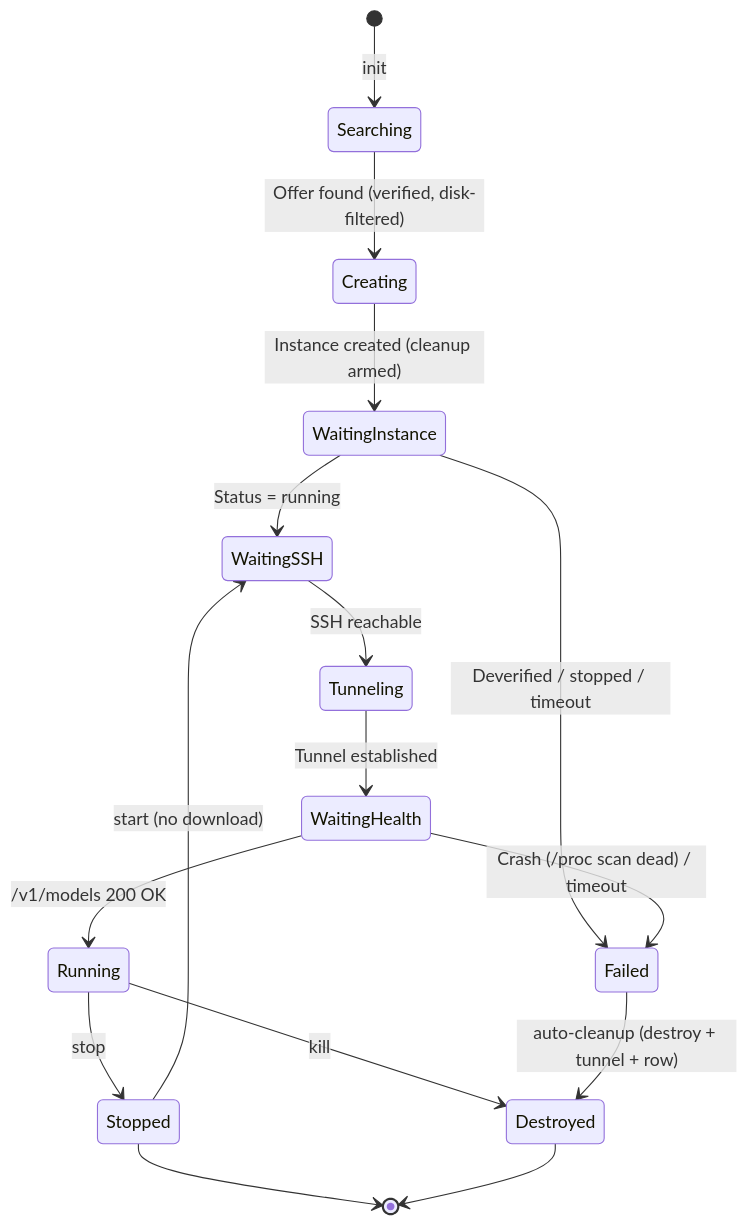
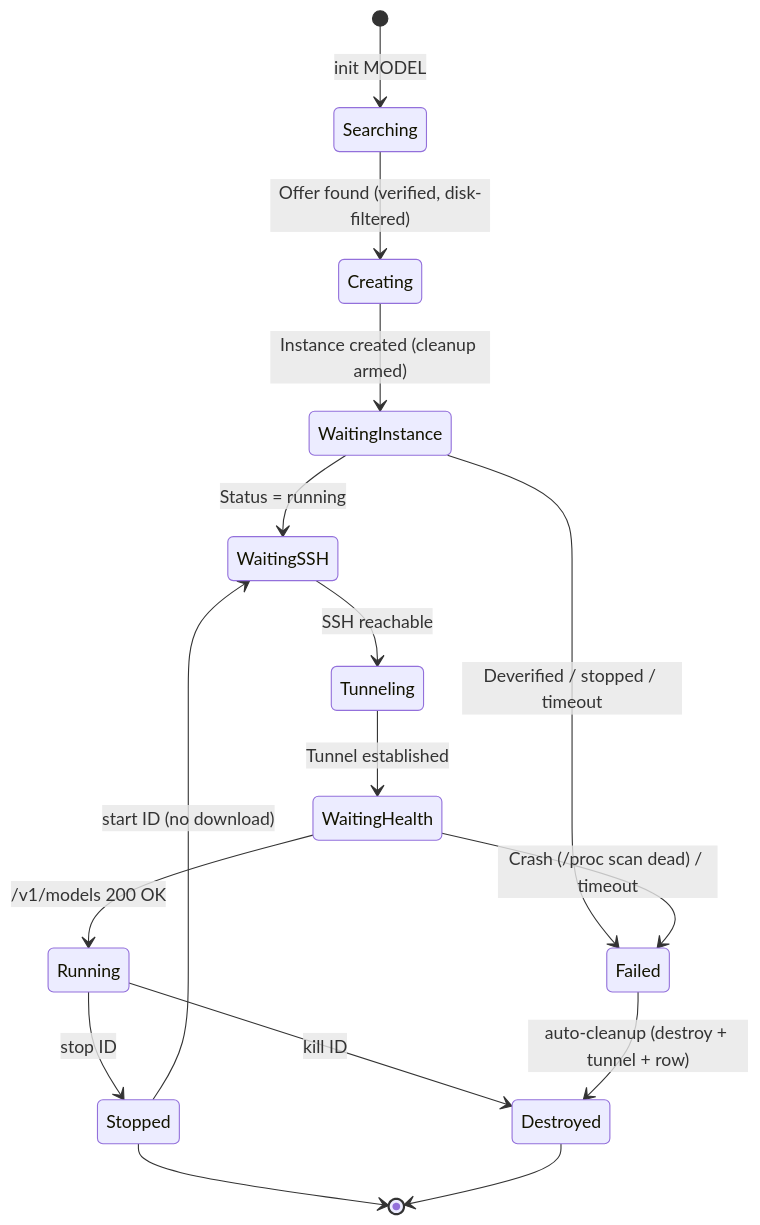
One commit to WWTLF/mycodeagent changed the fifth of 6 diagrams in docs/Solution.md. Above: the diagram before and after it, drawn with Mermaid. The commit also changed other lines of this file, not shown here.

Commit message:
docs: fix mermaid diagrams that would not render
Two causes, both in docs/Solution.md.

Raw angle brackets in labels. `init <model>`, `stop <id>`, `start <id>`
and `kill <id>` appear in the sequence and state diagrams, where mermaid
treats `<` as the start of an HTML tag and the parse fails — the block
renders as an error box or as literal source. Written as MODEL and ID,
which cannot be misread as markup.

Fragile HTML in the layer diagram. `<i>` and `<code>` only survive while
the renderer has htmlLabels enabled, which is not guaranteed and is off
in several markdown viewers. Replaced with plain parenthesised text.

All six blocks now contain nothing but `<br/>`, which every mermaid
renderer supports.

````diff
--- a/docs/Solution.md
+++ b/docs/Solution.md
@@ -475,18 +475,18 @@
 ```mermaid
 stateDiagram-v2
-    [*] --> Searching: init <model>
+    [*] --> Searching: init MODEL
     Searching --> Creating: Offer found (verified, disk-filtered)
     Creating --> WaitingInstance: Instance created (cleanup armed)
     WaitingInstance --> WaitingSSH: Status = running
     WaitingInstance --> Failed: Deverified / stopped / timeout
     WaitingSSH --> Tunneling: SSH reachable
     Tunneling --> WaitingHealth: Tunnel established
     WaitingHealth --> Running: /v1/models 200 OK
     WaitingHealth --> Failed: Crash (/proc scan dead) / timeout
-    Running --> Stopped: stop <id>
-    Stopped --> WaitingSSH: start <id> (no download)
-    Running --> Destroyed: kill <id>
+    Running --> Stopped: stop ID
+    Stopped --> WaitingSSH: start ID (no download)
+    Running --> Destroyed: kill ID
     Failed --> Destroyed: auto-cleanup (destroy + tunnel + row)
     Stopped --> [*]
     Destroyed --> [*]
 ```
````
